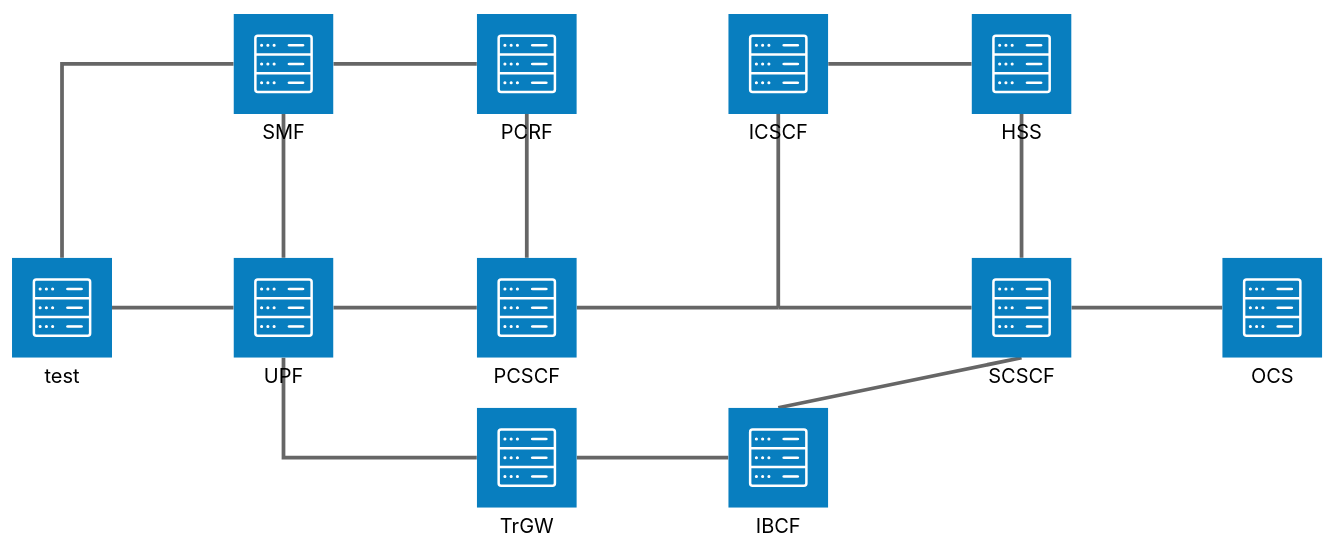
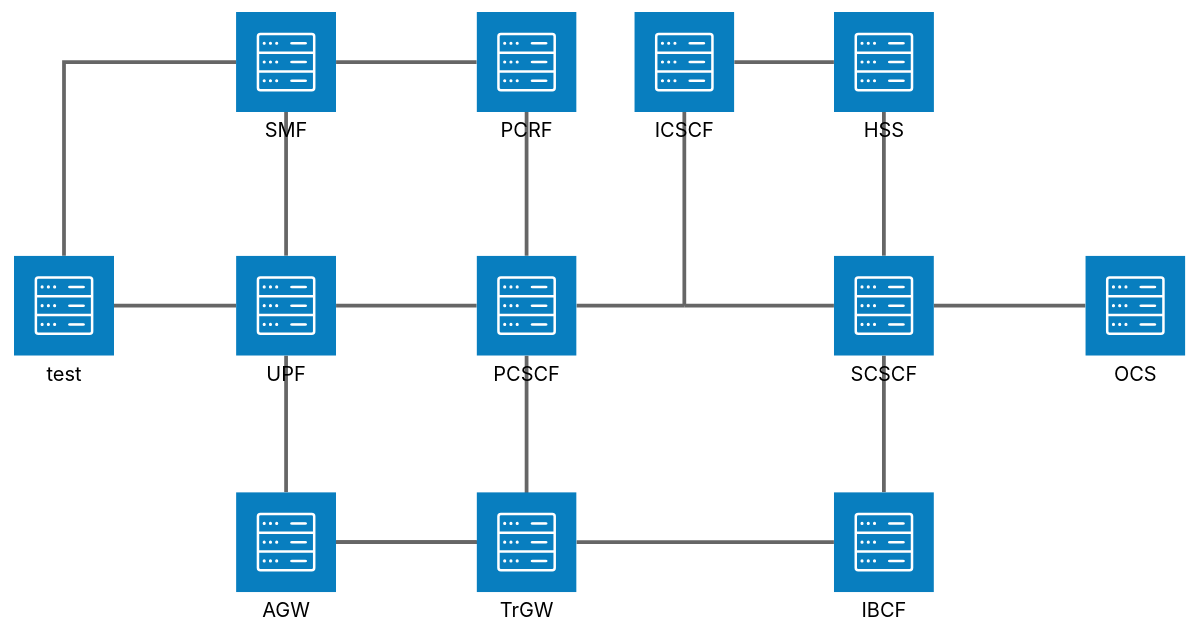
One commit to lyatanski/ims changed the diagram in README.md. Above: the diagram before and after it, drawn with Mermaid (neutral theme). The commit also changed other lines of this file and 12 other files, not shown here.

````diff
--- a/README.md
+++ b/README.md
@@ -4,35 +4,38 @@
 ```mermaid
 ---
 title: Architecture
 ---
 architecture-beta
 
     service test(server)[test]
     service smf(server)[SMF]
     service upf(server)[UPF]
     service hss(server)[HSS]
     service pcrf(server)[PCRF]
     service pcscf(server)[PCSCF]
     service icscf(server)[ICSCF]
     service scscf(server)[SCSCF]
     service ibcf(server)[IBCF]
     service trgw(server)[TrGW]
+    service agw(server)[AGW]
     service ocs(server)[OCS]
     junction Mw
 
     test:T -- L:smf
     test:R -- L:upf
     smf:B -- T:upf
     smf:R -- L:pcrf
     pcrf:B -- T:pcscf
     upf:R -- L:pcscf
-    upf:B -- L:trgw
+    upf:B -- T:agw
+    agw:R -- L:trgw
+    pcscf:B -- R:agw
     icscf:R -- L:hss
     scscf:T -- B:hss
     scscf:R -- L:ocs
     pcscf:R -- L:Mw
     icscf:B -- T:Mw
     scscf:L -- R:Mw
     scscf:B -- T:ibcf
     ibcf:L -- R:trgw
 ```
````
